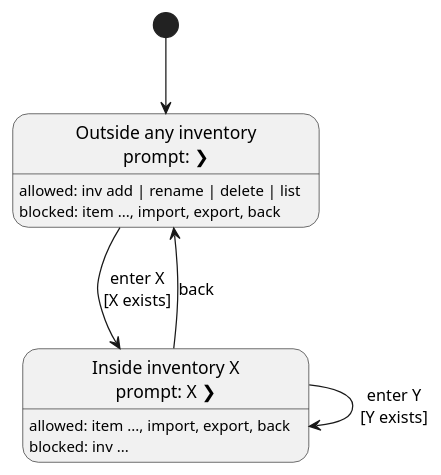
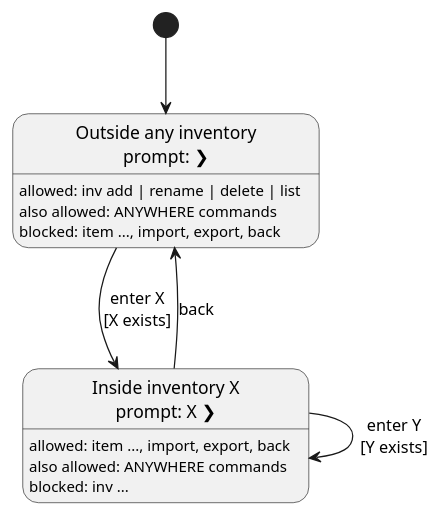
Before and after one commit to AY2627S1-CS2113-W14-4/tp: the diagram in docs/diagrams/LocationStateDiagram.puml, drawn with PlantUML. The commit also changed 12 other files, not shown here.

Commit message:
Simplify Developer Guide diagrams

```diff
--- a/docs/diagrams/LocationStateDiagram.puml
+++ b/docs/diagrams/LocationStateDiagram.puml
@@ -1,16 +1,18 @@
 @startuml
 hide empty description
 
 state "Outside any inventory\nprompt: ❯" as Outside
 Outside : allowed: inv add | rename | delete | list
+Outside : also allowed: ANYWHERE commands
 Outside : blocked: item ..., import, export, back
 
 state "Inside inventory X\nprompt: X ❯" as Inside
 Inside : allowed: item ..., import, export, back
+Inside : also allowed: ANYWHERE commands
 Inside : blocked: inv ...
 
 [*] --> Outside
 Outside --> Inside : enter X\n[X exists]
 Inside --> Inside : enter Y\n[Y exists]
 Inside --> Outside : back
 @enduml
```
